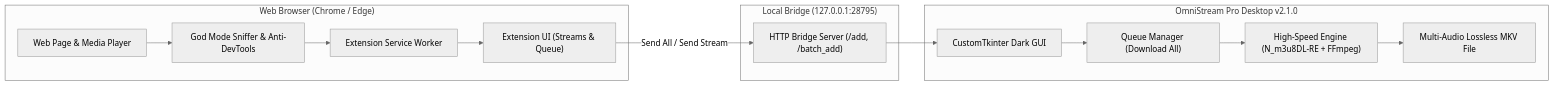
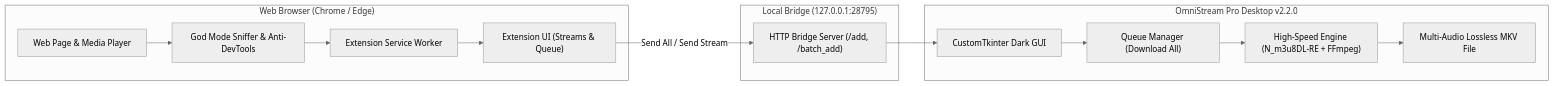
The diagram in README.md (Xmon4u/OmniStream-Pro-v2), drawn with Mermaid (neutral theme) before and after one commit. The commit also changed other lines of this file and 12 other files, not shown here.

````diff
--- a/README.md
+++ b/README.md
@@ -58,29 +60,29 @@
 ```mermaid
 graph LR
     subgraph Browser ["Web Browser (Chrome / Edge)"]
         WebPage["Web Page & Media Player"]
         GodMode["God Mode Sniffer & Anti-DevTools"]
         ExtSW["Extension Service Worker"]
         Popup["Extension UI (Streams & Queue)"]
         WebPage --> GodMode
         GodMode --> ExtSW
         ExtSW --> Popup
     end
 
     subgraph Bridge ["Local Bridge (127.0.0.1:28795)"]
         BridgeServer["HTTP Bridge Server (/add, /batch_add)"]
     end
 
-    subgraph DesktopApp ["OmniStream Pro Desktop v2.1.0"]
+    subgraph DesktopApp ["OmniStream Pro Desktop v2.2.0"]
         GUI["CustomTkinter Dark GUI"]
         QueueMgr["Queue Manager (Download All)"]
         Engine["High-Speed Engine (N_m3u8DL-RE + FFmpeg)"]
         OutputMKV["Multi-Audio Lossless MKV File"]
         GUI --> QueueMgr
         QueueMgr --> Engine
         Engine --> OutputMKV
     end
 
     Popup -- "Send All / Send Stream" --> BridgeServer
     BridgeServer --> GUI
 ```
````
